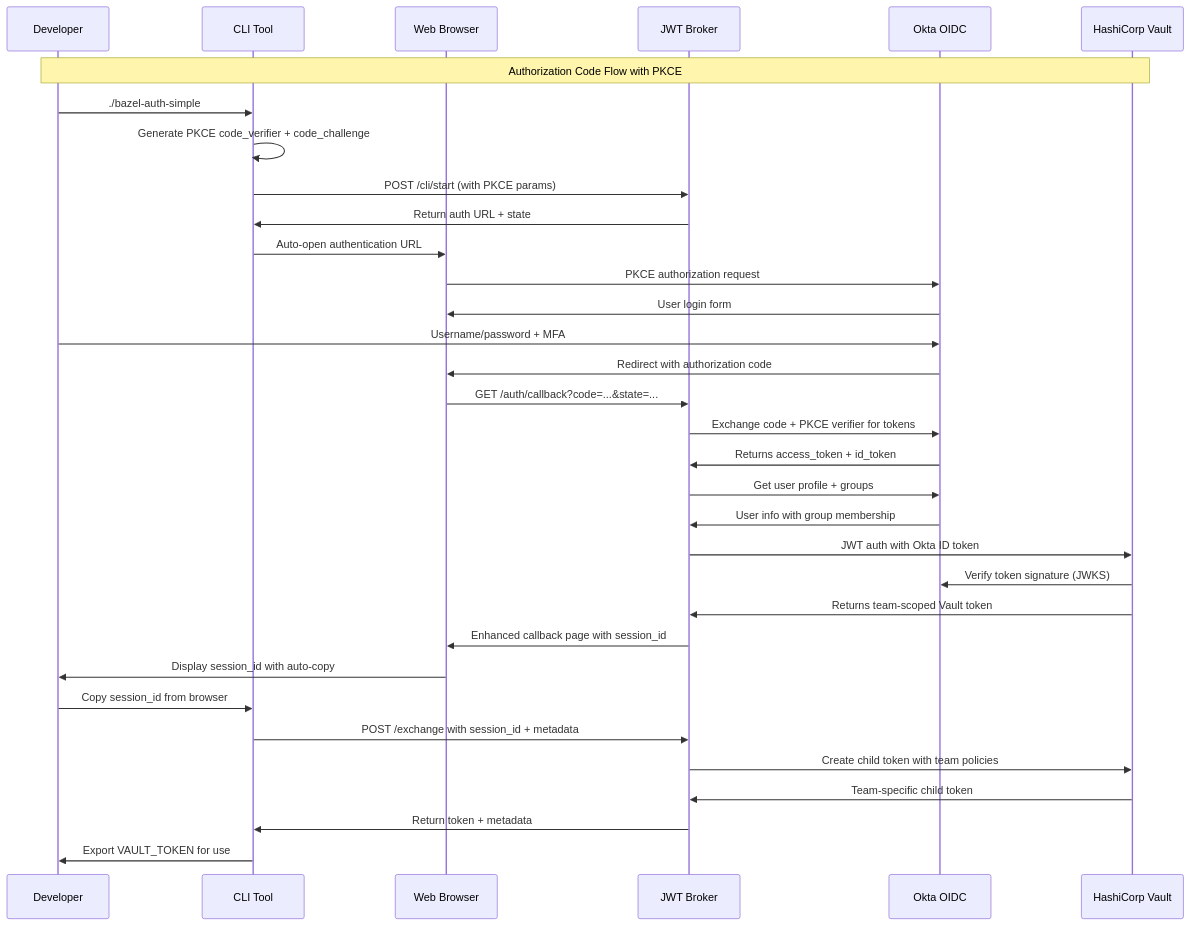
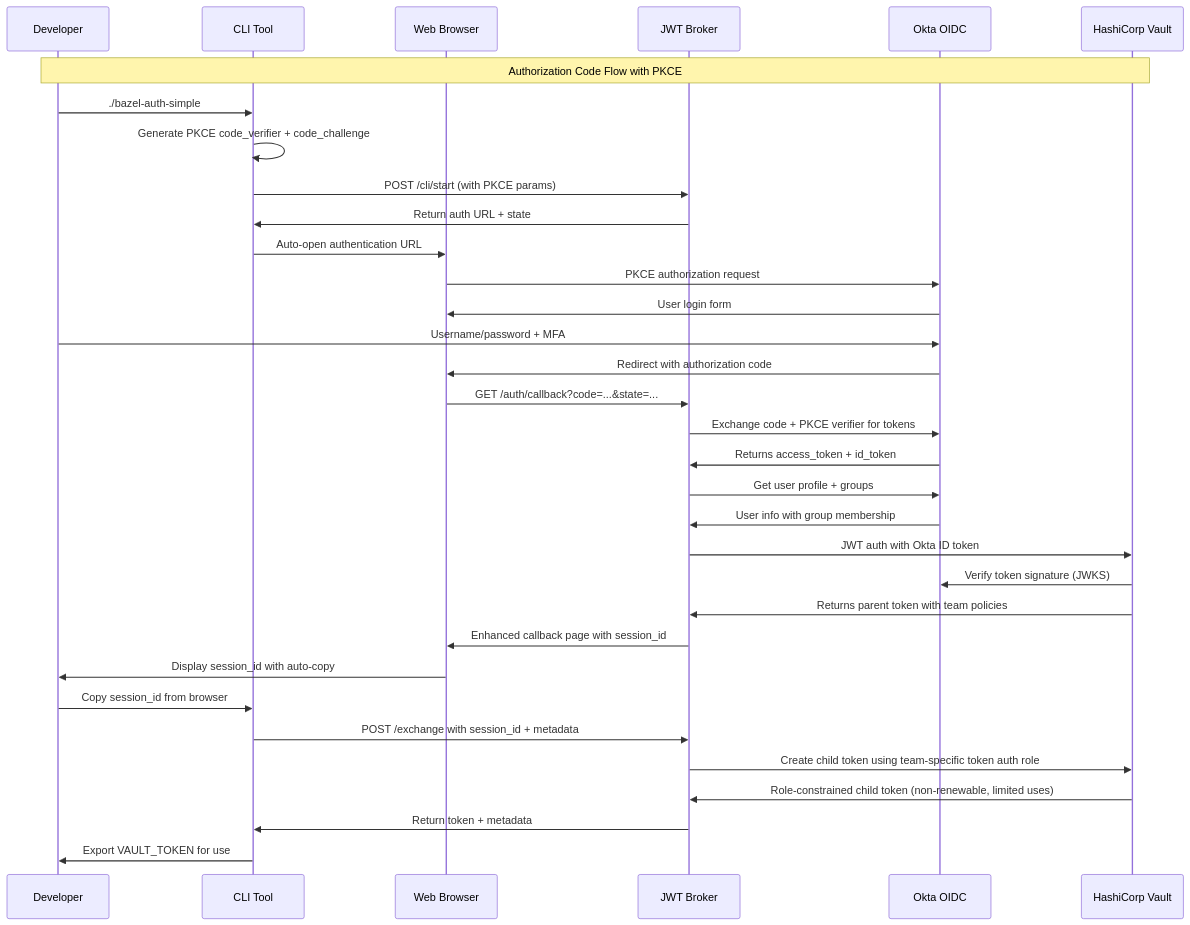
Before and after one commit to trenner1/bazel-jwt-vault-demo: the diagram in docs/ARCHITECTURE.md, drawn with Mermaid. The commit also changed other lines of this file and 3 other files, not shown here.

First line of the commit message:
docs(auth): update authentication architecture and security model

````diff
--- a/docs/ARCHITECTURE.md
+++ b/docs/ARCHITECTURE.md
@@ -88,41 +89,41 @@
 ```mermaid
 sequenceDiagram
     participant User as Developer
     participant CLI as CLI Tool
     participant Browser as Web Browser  
     participant Broker as JWT Broker
     participant Okta as Okta OIDC
     participant Vault as HashiCorp Vault
 
     Note over User,Vault: Authorization Code Flow with PKCE
     
     User->>CLI: ./bazel-auth-simple
     CLI->>CLI: Generate PKCE code_verifier + code_challenge
     CLI->>Broker: POST /cli/start (with PKCE params)
     Broker->>CLI: Return auth URL + state
     CLI->>Browser: Auto-open authentication URL
     
     Browser->>Okta: PKCE authorization request
     Okta->>Browser: User login form
     User->>Okta: Username/password + MFA
     Okta->>Browser: Redirect with authorization code
     
     Browser->>Broker: GET /auth/callback?code=...&state=...
     Broker->>Okta: Exchange code + PKCE verifier for tokens
     Okta->>Broker: Returns access_token + id_token
     
     Broker->>Okta: Get user profile + groups
     Okta->>Broker: User info with group membership
     Broker->>Vault: JWT auth with Okta ID token
     Vault->>Okta: Verify token signature (JWKS)
-    Vault->>Broker: Returns team-scoped Vault token
+    Vault->>Broker: Returns parent token with team policies
     
     Broker->>Browser: Enhanced callback page with session_id
     Browser->>User: Display session_id with auto-copy
     User->>CLI: Copy session_id from browser
     CLI->>Broker: POST /exchange with session_id + metadata
-    Broker->>Vault: Create child token with team policies
-    Vault->>Broker: Team-specific child token
+    Broker->>Vault: Create child token using team-specific token auth role
+    Vault->>Broker: Role-constrained child token (non-renewable, limited uses)
     Broker->>CLI: Return token + metadata
     CLI->>User: Export VAULT_TOKEN for use
 ```
````
